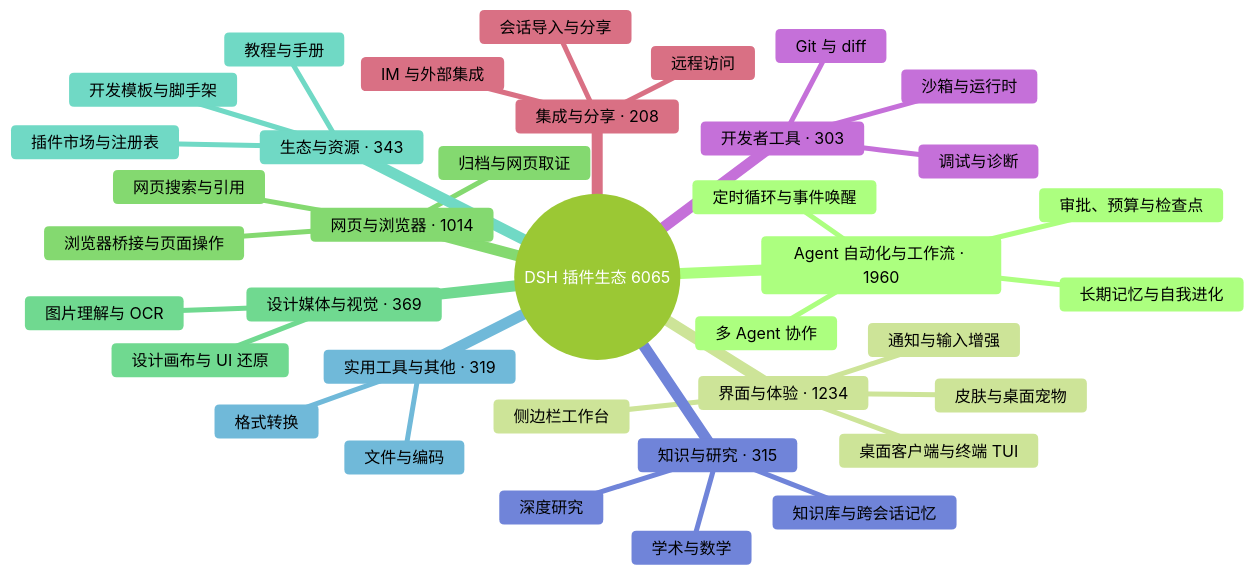
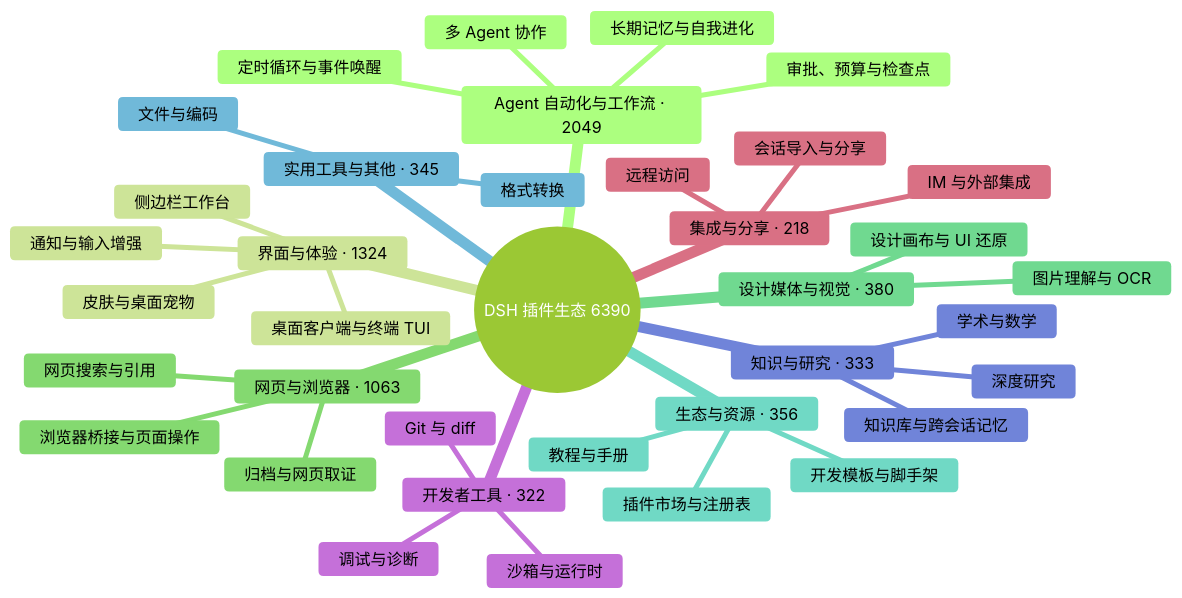
The diagram in README.md (PGZXB/awesome-dsh-plugin-3), drawn with Mermaid (forest theme) before and after one commit. The commit also changed other lines of this file and 9 other files, not shown here.

````diff
--- a/README.md
+++ b/README.md
@@ -33,40 +33,40 @@
 ```mermaid
 mindmap
-  root((DSH 插件生态 6065))
-    Agent 自动化与工作流 · 1960
+  root((DSH 插件生态 6390))
+    Agent 自动化与工作流 · 2049
       定时循环与事件唤醒
       多 Agent 协作
       长期记忆与自我进化
       审批、预算与检查点
-    界面与体验 · 1234
+    界面与体验 · 1324
       桌面客户端与终端 TUI
       侧边栏工作台
       皮肤与桌面宠物
       通知与输入增强
-    网页与浏览器 · 1014
+    网页与浏览器 · 1063
       浏览器桥接与页面操作
       网页搜索与引用
       归档与网页取证
-    设计媒体与视觉 · 369
+    设计媒体与视觉 · 380
       图片理解与 OCR
       设计画布与 UI 还原
-    生态与资源 · 343
+    生态与资源 · 356
       插件市场与注册表
       开发模板与脚手架
       教程与手册
-    实用工具与其他 · 319
+    实用工具与其他 · 345
       文件与编码
       格式转换
-    知识与研究 · 315
+    知识与研究 · 333
       知识库与跨会话记忆
       深度研究
       学术与数学
-    开发者工具 · 303
+    开发者工具 · 322
       Git 与 diff
       沙箱与运行时
       调试与诊断
-    集成与分享 · 208
+    集成与分享 · 218
       会话导入与分享
       远程访问
       IM 与外部集成
 ```
````
